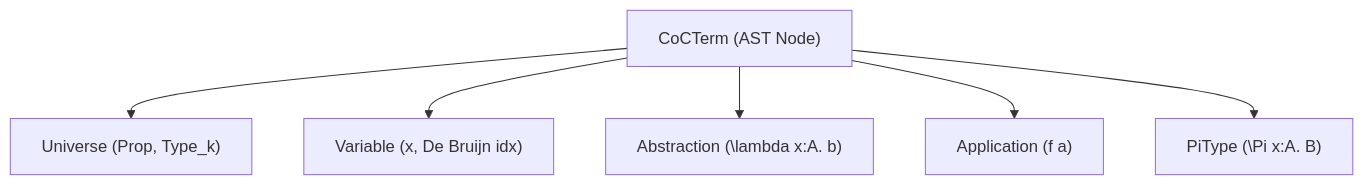
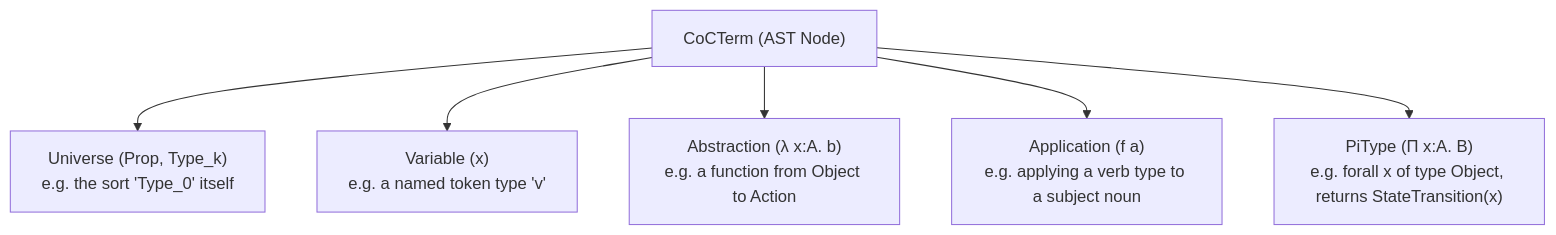
One commit to Heaplyn/NeuralNet changed the first of 2 diagrams in NeuralNet Obsidian/01 - Ring 0 (Core Math & Hardware)/Calculus of Constructions & Dependent-Typed Neural Reasoning.md. Above: the diagram before and after it, drawn with Mermaid. The commit also changed other lines of this file and 1 other file, not shown here.

````diff
--- a/NeuralNet Obsidian/01 - Ring 0 (Core Math & Hardware)/Calculus of Constructions & Dependent-Typed Neural Reasoning.md
+++ b/NeuralNet Obsidian/01 - Ring 0 (Core Math & Hardware)/Calculus of Constructions & Dependent-Typed Neural Reasoning.md
@@ -34,9 +93,9 @@
 ```mermaid
 graph TD
     Term["CoCTerm (AST Node)"]
-    Term --> Universe["Universe (Prop, Type_k)"]
-    Term --> Variable["Variable (x, De Bruijn idx)"]
-    Term --> Abstraction["Abstraction (\lambda x:A. b)"]
-    Term --> Application["Application (f a)"]
-    Term --> PiType["PiType (\Pi x:A. B)"]
+    Term --> Universe["Universe (Prop, Type_k)\ne.g. the sort 'Type_0' itself"]
+    Term --> Variable["Variable (x)\ne.g. a named token type 'v'"]
+    Term --> Abstraction["Abstraction (λ x:A. b)\ne.g. a function from Object to Action"]
+    Term --> Application["Application (f a)\ne.g. applying a verb type to a subject noun"]
+    Term --> PiType["PiType (Π x:A. B)\ne.g. forall x of type Object, returns StateTransition(x)"]
 ```
````
